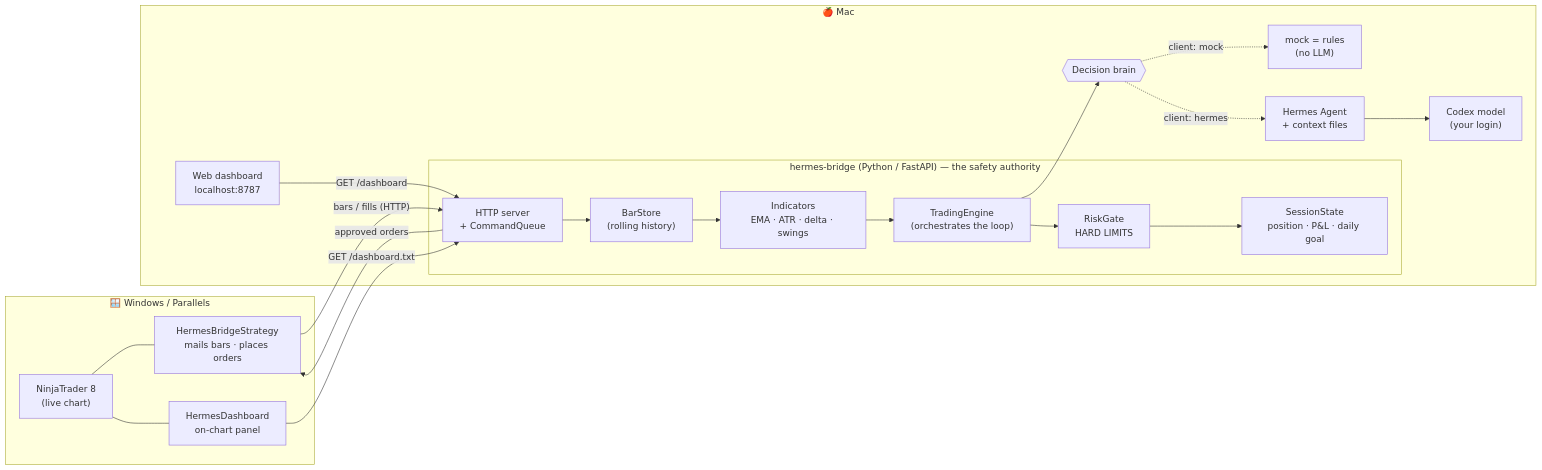
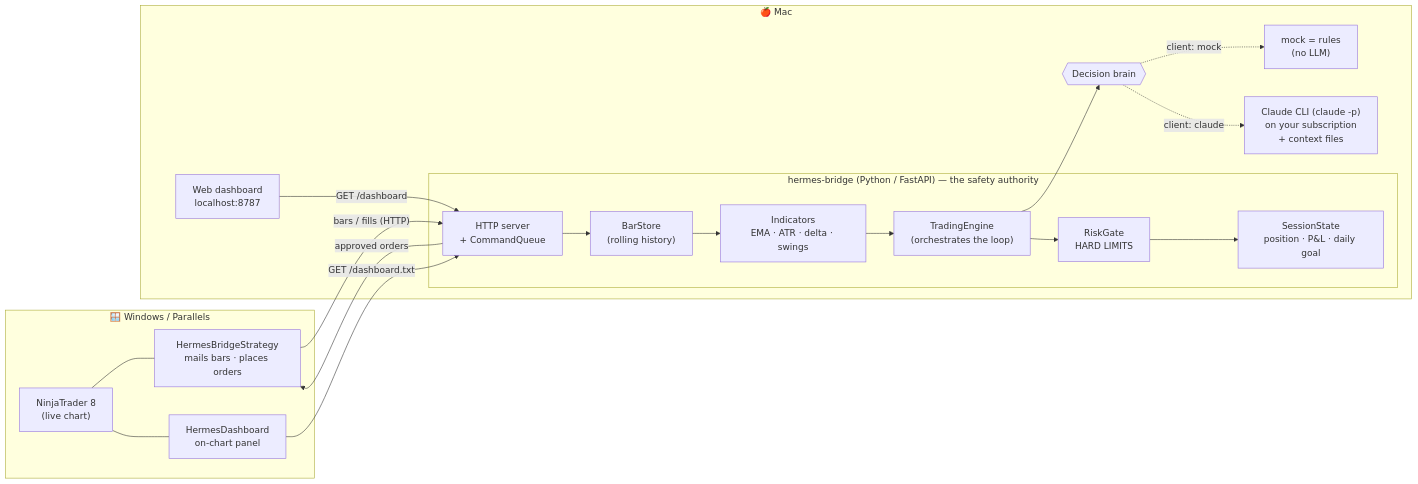
Before and after one commit to rrhodeswebdev/hermes-agent-nt: the first of 3 diagrams in docs/WALKTHROUGH.md, drawn with Mermaid. The commit also changed other lines of this file and 7 other files, not shown here.

First line of the commit message:
docs: sweep Codex/Hermes references to the Claude CLI brain

````diff
--- a/docs/WALKTHROUGH.md
+++ b/docs/WALKTHROUGH.md
@@ -41,37 +42,35 @@
 ```mermaid
 flowchart LR
     subgraph WIN["🪟 Windows / Parallels"]
         NT["NinjaTrader 8<br/>(live chart)"]
         STRAT["HermesBridgeStrategy<br/>mails bars · places orders"]
         PANEL["HermesDashboard<br/>on-chart panel"]
         NT --- STRAT
         NT --- PANEL
     end
 
     subgraph MAC["🍎 Mac"]
         subgraph BR["hermes-bridge (Python / FastAPI) — the safety authority"]
             SRV["HTTP server<br/>+ CommandQueue"]
             STORE["BarStore<br/>(rolling history)"]
             IND["Indicators<br/>EMA · ATR · delta · swings"]
             ENG["TradingEngine<br/>(orchestrates the loop)"]
             SESS["SessionState<br/>position · P&amp;L · daily goal"]
             RISK["RiskGate<br/>HARD LIMITS"]
         end
         BRAIN{{"Decision brain"}}
         MOCK["mock = rules<br/>(no LLM)"]
-        HERM["Hermes Agent<br/>+ context files"]
-        CODEX["Codex model<br/>(your login)"]
+        CLAUDE["Claude CLI (claude -p)<br/>on your subscription<br/>+ context files"]
         WEB["Web dashboard<br/>localhost:8787"]
     end
 
     STRAT -- "bars / fills (HTTP)" --> SRV
     SRV -- "approved orders" --> STRAT
     SRV --> STORE --> IND --> ENG
     ENG --> BRAIN
     BRAIN -. "client: mock" .-> MOCK
-    BRAIN -. "client: hermes" .-> HERM
-    HERM --> CODEX
+    BRAIN -. "client: claude" .-> CLAUDE
     ENG --> RISK --> SESS
     PANEL -- "GET /dashboard.txt" --> SRV
     WEB -- "GET /dashboard" --> SRV
 ```
````
